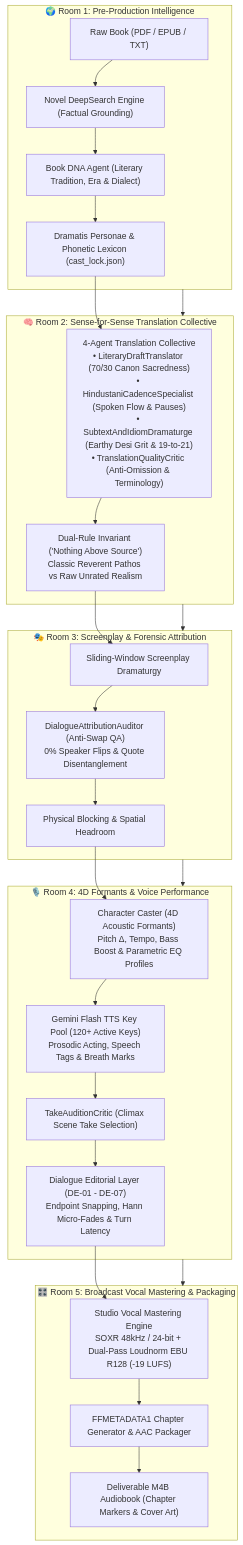
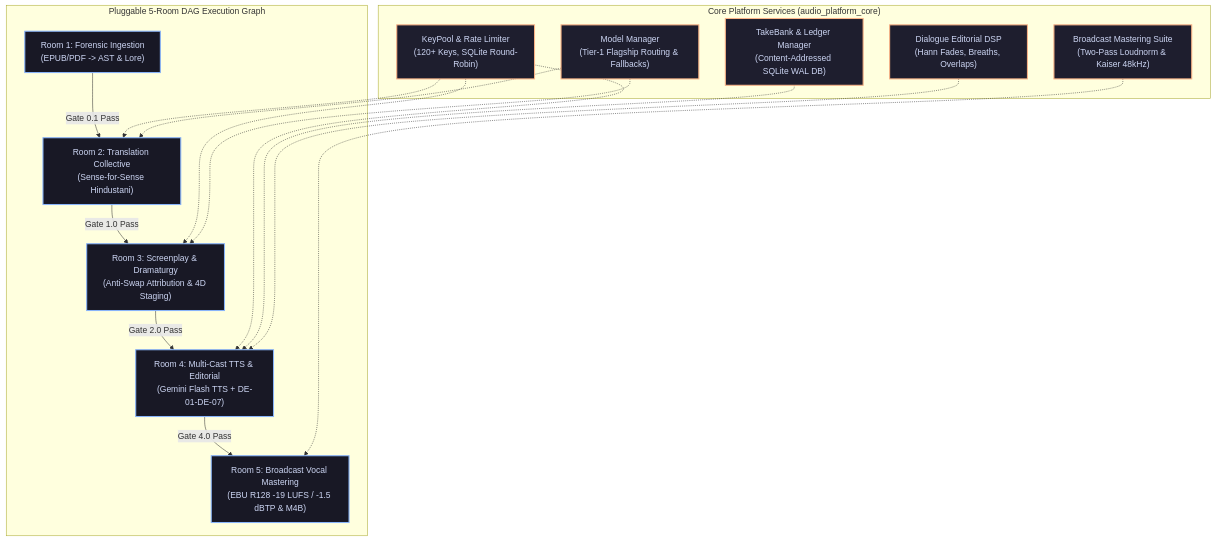
The first of 3 diagrams in docs/ARCHITECTURE.md (naksh-07/audiobook-maker), drawn with Mermaid before and after one commit. The commit also changed other lines of this file and 23 other files, not shown here.

Commit message:
feat(contracts): implement Phase 1 v6.0-ENTERPRISE-DAG Pydantic contracts and SQLite WAL PipelineLedger

````diff
--- a/docs/ARCHITECTURE.md
+++ b/docs/ARCHITECTURE.md
@@ -16,37 +66,38 @@
 ```mermaid
 flowchart TD
-    subgraph Room1["🌍 Room 1: Pre-Production Intelligence"]
-        RawBook["Raw Book (PDF / EPUB / TXT)"] --> DeepSearch["Novel DeepSearch Engine (Factual Grounding)"]
-        DeepSearch --> BookDNA["Book DNA Agent (Literary Tradition, Era & Dialect)"]
-        BookDNA --> Personae["Dramatis Personae & Phonetic Lexicon (cast_lock.json)"]
+    subgraph CorePlatform["Core Platform Services (audio_platform_core)"]
+        KP["KeyPool & Rate Limiter<br/>(120+ Keys, SQLite Round-Robin)"]
+        MM["Model Manager<br/>(Tier-1 Flagship Routing & Fallbacks)"]
+        TB["TakeBank & Ledger Manager<br/>(Content-Addressed SQLite WAL DB)"]
+        DSP["Dialogue Editorial DSP<br/>(Hann Fades, Breaths, Overlaps)"]
+        MST["Broadcast Mastering Suite<br/>(Two-Pass Loudnorm & Kaiser 48kHz)"]
     end
 
-    subgraph Room2["🧠 Room 2: Sense-for-Sense Translation Collective"]
-        Personae --> Collective["4-Agent Translation Collective<br/>• LiteraryDraftTranslator (70/30 Canon Sacredness)<br/>• HindustaniCadenceSpecialist (Spoken Flow & Pauses)<br/>• SubtextAndIdiomDramaturge (Earthy Desi Grit & 19-to-21)<br/>• TranslationQualityCritic (Anti-Omission & Terminology)"]
-        Collective --> DualRule["Dual-Rule Invariant ('Nothing Above Source')<br/>Classic Reverent Pathos vs Raw Unrated Realism"]
+    subgraph DAGPipeline["Pluggable 5-Room DAG Execution Graph"]
+        R1["Room 1: Forensic Ingestion<br/>(EPUB/PDF -> AST & Lore)"]
+        R2["Room 2: Translation Collective<br/>(Sense-for-Sense Hindustani)"]
+        R3["Room 3: Screenplay & Dramaturgy<br/>(Anti-Swap Attribution & 4D Staging)"]
+        R4["Room 4: Multi-Cast TTS & Editorial<br/>(Gemini Flash TTS + DE-01-DE-07)"]
+        R5["Room 5: Broadcast Vocal Mastering<br/>(EBU R128 -19 LUFS / -1.5 dBTP & M4B)"]
+
+        R1 -->|"Gate 0.1 Pass"| R2
+        R2 -->|"Gate 1.0 Pass"| R3
+        R3 -->|"Gate 2.0 Pass"| R4
+        R4 -->|"Gate 4.0 Pass"| R5
     end
 
-    subgraph Room3["🎭 Room 3: Screenplay & Forensic Attribution"]
-        DualRule --> Screenplay["Sliding-Window Screenplay Dramaturgy"]
-        Screenplay --> Auditor["DialogueAttributionAuditor (Anti-Swap QA)<br/>0% Speaker Flips & Quote Disentanglement"]
-        Auditor --> Blocking["Physical Blocking & Spatial Headroom"]
-    end
+    KP -.-> R2
+    KP -.-> R3
+    KP -.-> R4
+    MM -.-> R2
+    MM -.-> R3
+    TB -.-> R4
+    DSP -.-> R4
+    MST -.-> R5
 
-    subgraph Room4["🎙️ Room 4: 4D Formants & Voice Performance"]
-        Blocking --> Caster["Character Caster (4D Acoustic Formants)<br/>Pitch Δ, Tempo, Bass Boost & Parametric EQ Profiles"]
-        Caster --> TTS["Gemini Flash TTS Key Pool (120+ Active Keys)<br/>Prosodic Acting, Speech Tags & Breath Marks"]
-        TTS --> Critic["TakeAuditionCritic (Climax Scene Take Selection)"]
-        Critic --> Editorial["Dialogue Editorial Layer (DE-01 - DE-07)<br/>Endpoint Snapping, Hann Micro-Fades & Turn Latency"]
-    end
+    classDef coreStyle fill:#1e1e2e,stroke:#fab387,stroke-width:2px,color:#cdd6f4;
+    classDef dagStyle fill:#181825,stroke:#89b4fa,stroke-width:2px,color:#cdd6f4;
 
-    subgraph Room5["🎛️ Room 5: Broadcast Vocal Mastering & Packaging"]
-        Editorial --> VocalMaster["Studio Vocal Mastering Engine<br/>SOXR 48kHz / 24-bit + Dual-Pass Loudnorm EBU R128 (-19 LUFS)"]
-        VocalMaster --> Packager["FFMETADATA1 Chapter Generator & AAC Packager"]
-        Packager --> Deliverable["Deliverable M4B Audiobook (Chapter Markers & Cover Art)"]
-    end
-
-    Room1 --> Room2
-    Room2 --> Room3
-    Room3 --> Room4
-    Room4 --> Room5
+    class KP,MM,TB,DSP,MST coreStyle;
+    class R1,R2,R3,R4,R5 dagStyle;
 ```
````
